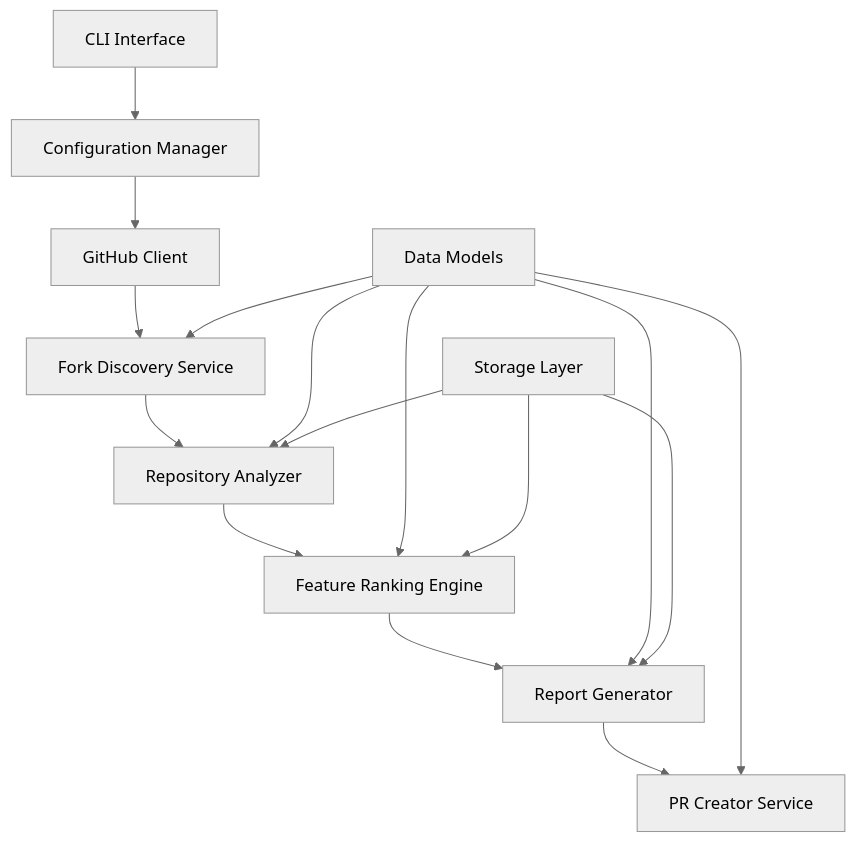
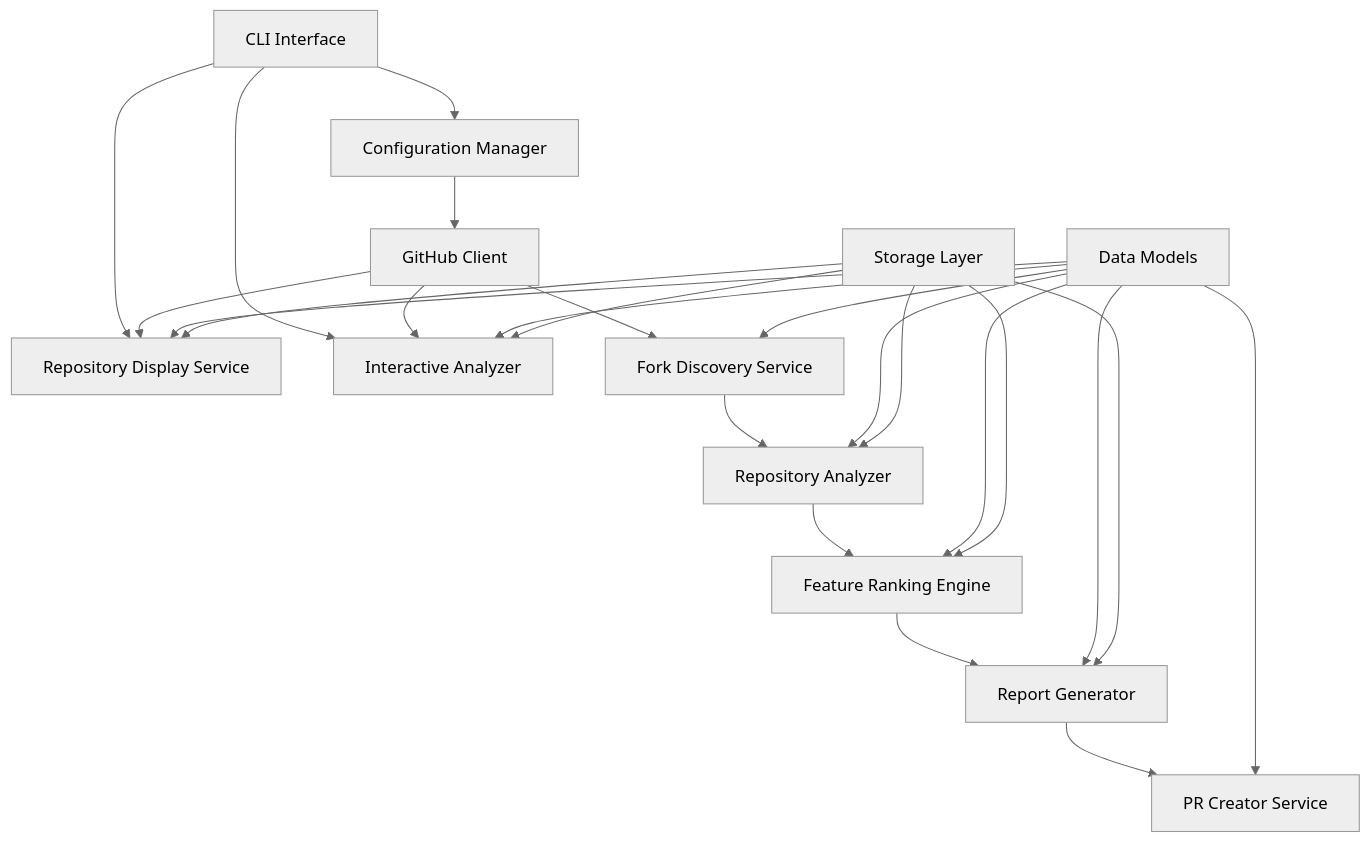
Before and after one commit to Romamo/forkscout: the diagram in .kiro/specs/forklift-tool/design.md, drawn with Mermaid (neutral theme). The commit also changed other lines of this file and 24 other files, not shown here.

````diff
--- a/.kiro/specs/forklift-tool/design.md
+++ b/.kiro/specs/forklift-tool/design.md
@@ -11,20 +11,28 @@
 ```mermaid
 graph TD
     A[CLI Interface] --> B[Configuration Manager]
+    A --> K[Repository Display Service]
+    A --> L[Interactive Analyzer]
     B --> C[GitHub Client]
     C --> D[Fork Discovery Service]
+    C --> K
+    C --> L
     D --> E[Repository Analyzer]
     E --> F[Feature Ranking Engine]
     F --> G[Report Generator]
     G --> H[PR Creator Service]
     
     I[Data Models] --> D
     I --> E
     I --> F
     I --> G
     I --> H
+    I --> K
+    I --> L
     
     J[Storage Layer] --> E
     J --> F
     J --> G
+    J --> K
+    J --> L
 ```
````
